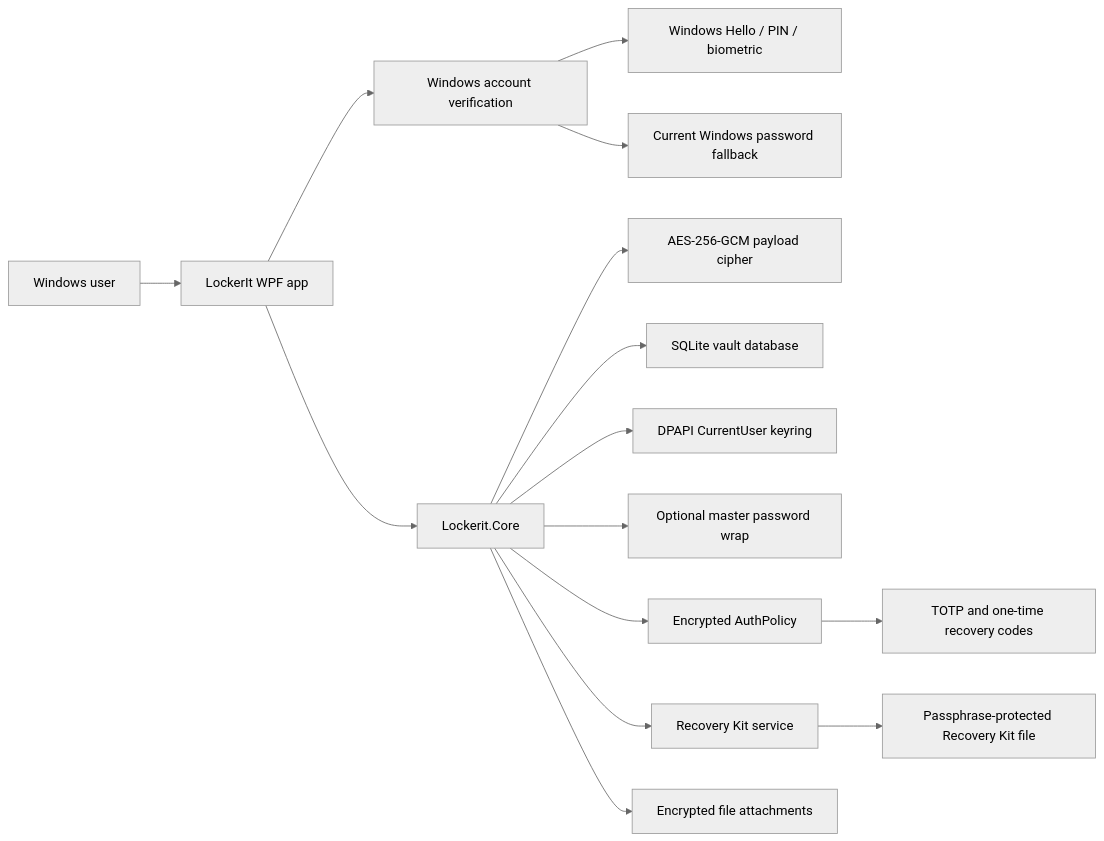
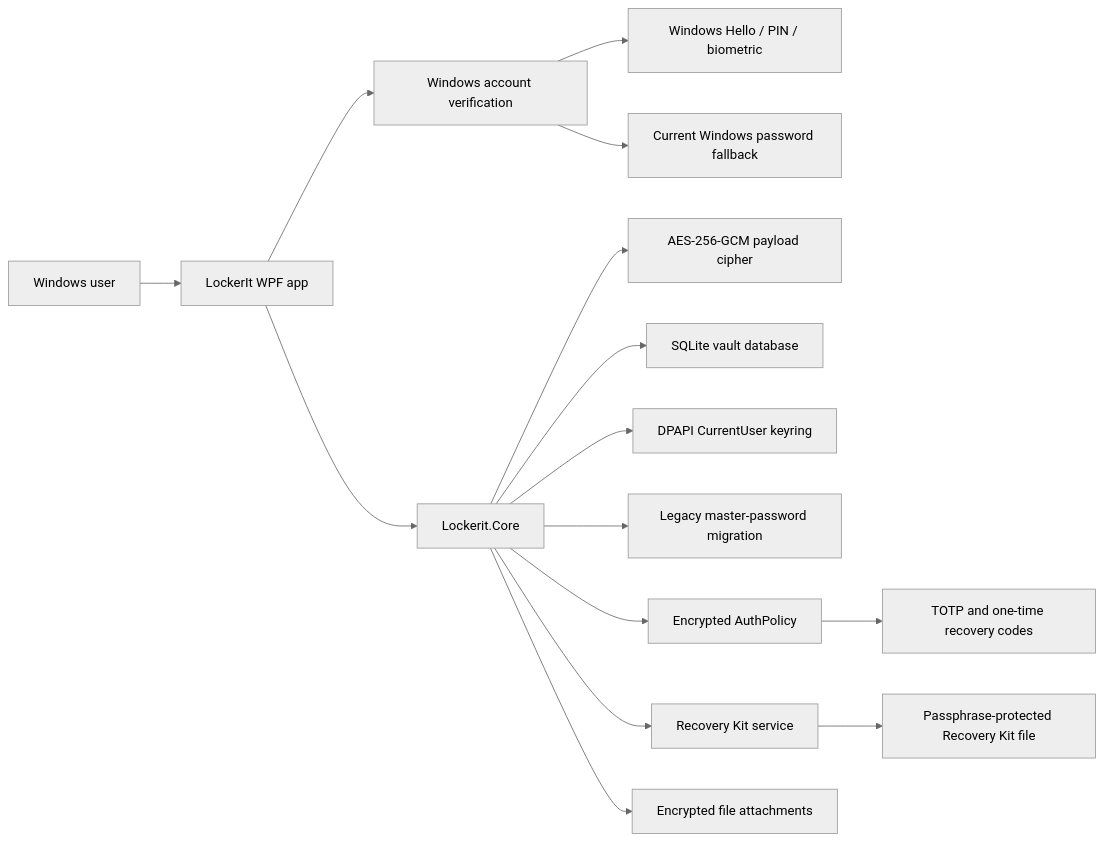
The first of 4 diagrams in README.md (viamus/locker-it), drawn with Mermaid (neutral theme) before and after one commit. The commit also changed other lines of this file and 11 other files, not shown here.

````diff
--- a/README.md
+++ b/README.md
@@ -47,17 +47,17 @@
 ```mermaid
 flowchart LR
     User["Windows user"] --> App["LockerIt WPF app"]
     App --> Auth["Windows account verification"]
     Auth --> Hello["Windows Hello / PIN / biometric"]
     Auth --> PasswordFallback["Current Windows password fallback"]
     App --> Core["Lockerit.Core"]
     Core --> Cipher["AES-256-GCM payload cipher"]
     Core --> Store["SQLite vault database"]
     Core --> Keyring["DPAPI CurrentUser keyring"]
-    Core --> MasterPassword["Optional master password wrap"]
+    Core --> LegacyMaster["Legacy master-password migration"]
     Core --> AuthPolicy["Encrypted AuthPolicy"]
     AuthPolicy --> Totp["TOTP and one-time recovery codes"]
     Core --> Recovery["Recovery Kit service"]
     Core --> Files["Encrypted file attachments"]
     Recovery --> Kit["Passphrase-protected Recovery Kit file"]
 ```
````
